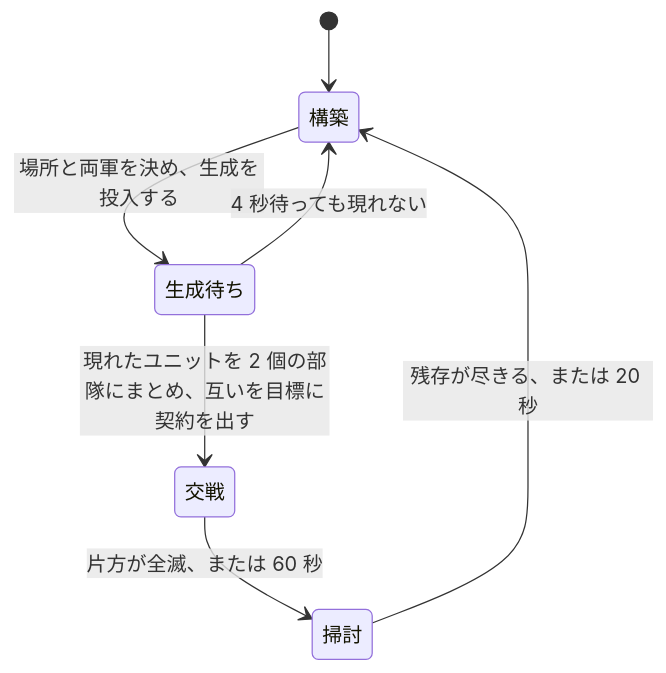
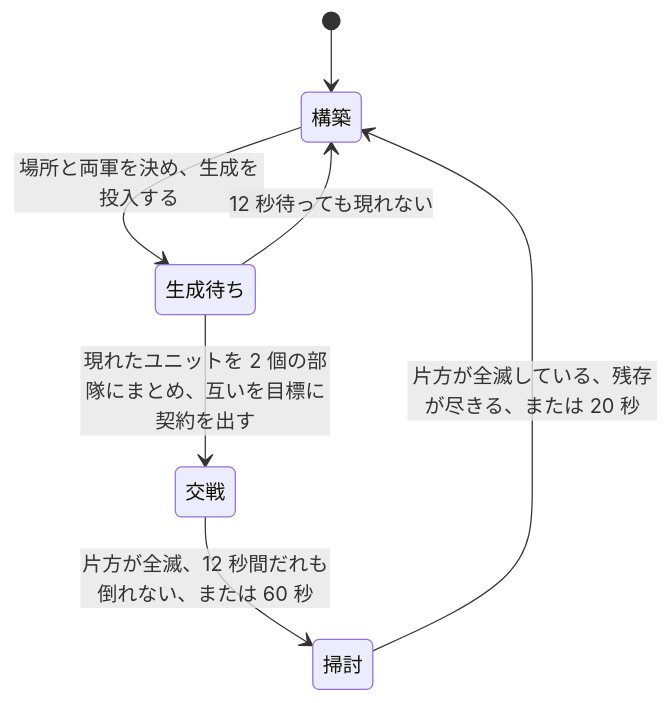
Before and after one commit to h4ribote/RW-Intel: the diagram in docs/project/08-learning.md, drawn with Mermaid. The commit also changed other lines of this file and 5 other files, not shown here.

````diff
--- a/docs/project/08-learning.md
+++ b/docs/project/08-learning.md
@@ -174,9 +174,9 @@
 ```mermaid
 stateDiagram-v2
     [*] --> 構築
     構築 --> 生成待ち: 場所と両軍を決め、生成を投入する
     生成待ち --> 交戦: 現れたユニットを 2 個の部隊にまとめ、互いを目標に契約を出す
-    生成待ち --> 構築: 4 秒待っても現れない
-    交戦 --> 掃討: 片方が全滅、または 60 秒
-    掃討 --> 構築: 残存が尽きる、または 20 秒
+    生成待ち --> 構築: 12 秒待っても現れない
+    交戦 --> 掃討: 片方が全滅、12 秒間だれも倒れない、または 60 秒
+    掃討 --> 構築: 片方が全滅している、残存が尽きる、または 20 秒
 ```
````
